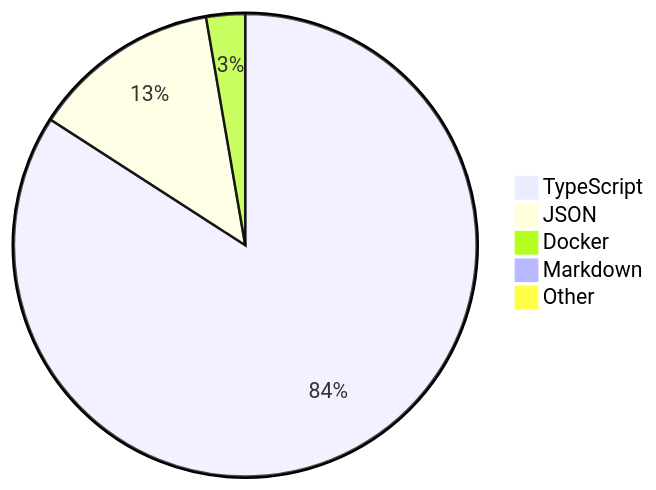
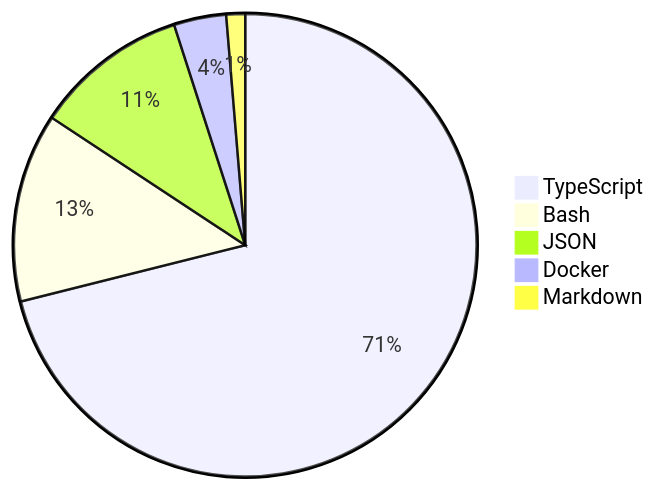
Before and after one commit to skvggor/skvggor: the diagram in README.md, drawn with Mermaid.

Commit message:
Updated waka-readme graph with new metrics

````diff
--- a/README.md
+++ b/README.md
@@ -28,8 +28,8 @@
 ```mermaid
 pie
-    "TypeScript" : 83.7
-    "JSON" : 13.1
-    "Docker" : 2.7
-    "Markdown" : 0.2
-    "Other" : 0.2
+    "TypeScript" : 70.1
+    "Bash" : 13.0
+    "JSON" : 10.6
+    "Docker" : 3.6
+    "Markdown" : 1.3
 ```
````
